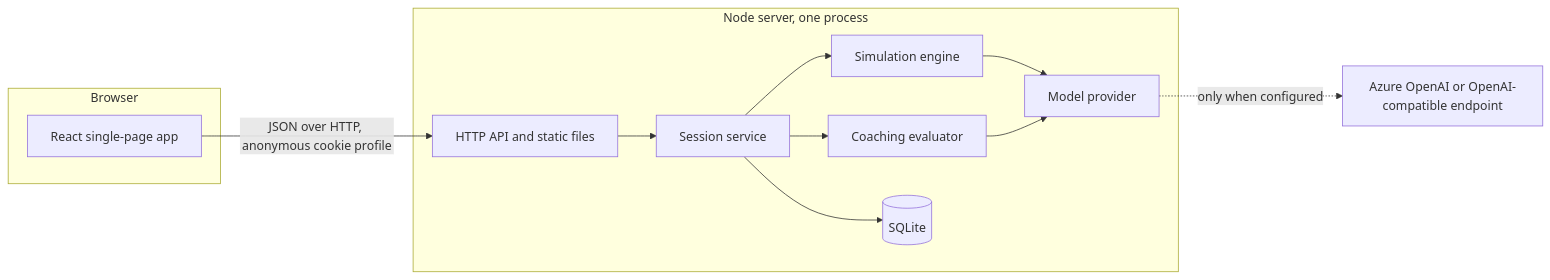
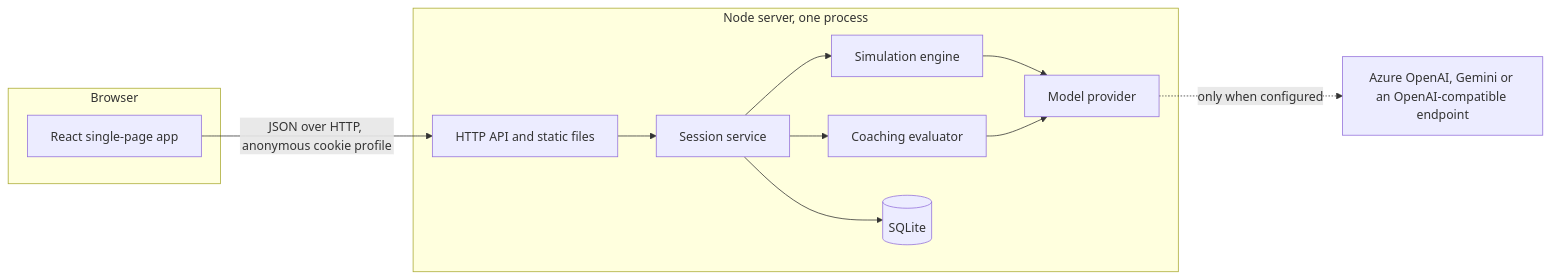
One commit to snowjug/Firefly changed the first of 4 diagrams in docs/architecture.md. Above: the diagram before and after it, drawn with Mermaid. The commit also changed other lines of this file and 37 other files, not shown here.

````diff
--- a/docs/architecture.md
+++ b/docs/architecture.md
@@ -5,22 +5,22 @@
 ```mermaid
 flowchart LR
   subgraph Browser
     UI[React single-page app]
   end
   subgraph Server["Node server, one process"]
     API[HTTP API and static files]
     SVC[Session service]
     ENG[Simulation engine]
     EVAL[Coaching evaluator]
     PROV[Model provider]
     DB[(SQLite)]
   end
   UI -->|JSON over HTTP, anonymous cookie profile| API
   API --> SVC
   SVC --> ENG
   SVC --> EVAL
   ENG --> PROV
   EVAL --> PROV
   SVC --> DB
-  PROV -.->|only when configured| LLM[Azure OpenAI or OpenAI-compatible endpoint]
+  PROV -.->|only when configured| LLM[Azure OpenAI, Gemini or an OpenAI-compatible endpoint]
 ```
````
